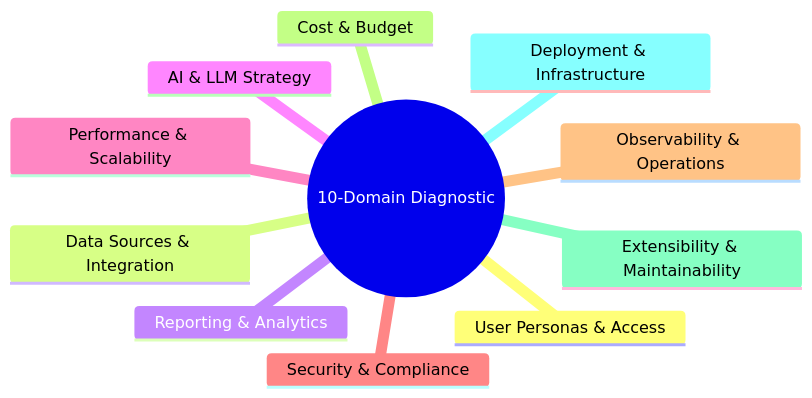
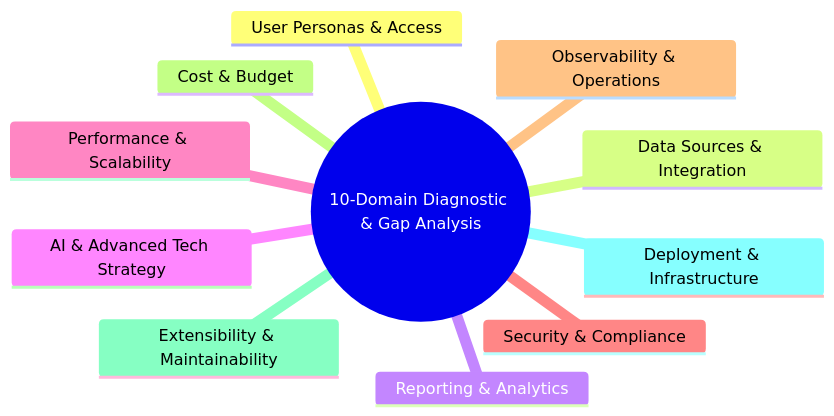
Before and after one commit to avfranco-br/portfolio: the second of 2 diagrams in docs/sop/01-frame-align.md, drawn with Mermaid. The commit also changed other lines of this file and 8 other files, not shown here.

````diff
--- a/docs/sop/01-frame-align.md
+++ b/docs/sop/01-frame-align.md
@@ -42,14 +52,14 @@
 ```mermaid
 mindmap
-  root((10-Domain Diagnostic))
+  root((10-Domain Diagnostic & Gap Analysis))
     User Personas & Access
     Data Sources & Integration
     Reporting & Analytics
-    AI & LLM Strategy
+    AI & Advanced Tech Strategy
     Performance & Scalability
     Security & Compliance
     Observability & Operations
     Cost & Budget
     Extensibility & Maintainability
     Deployment & Infrastructure
 ```
````
